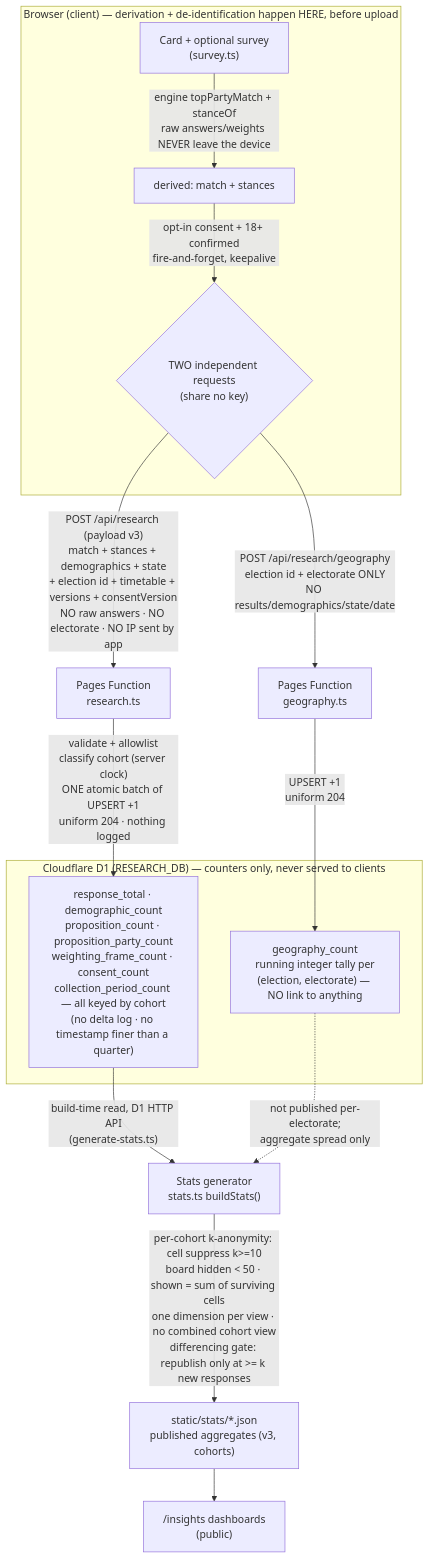
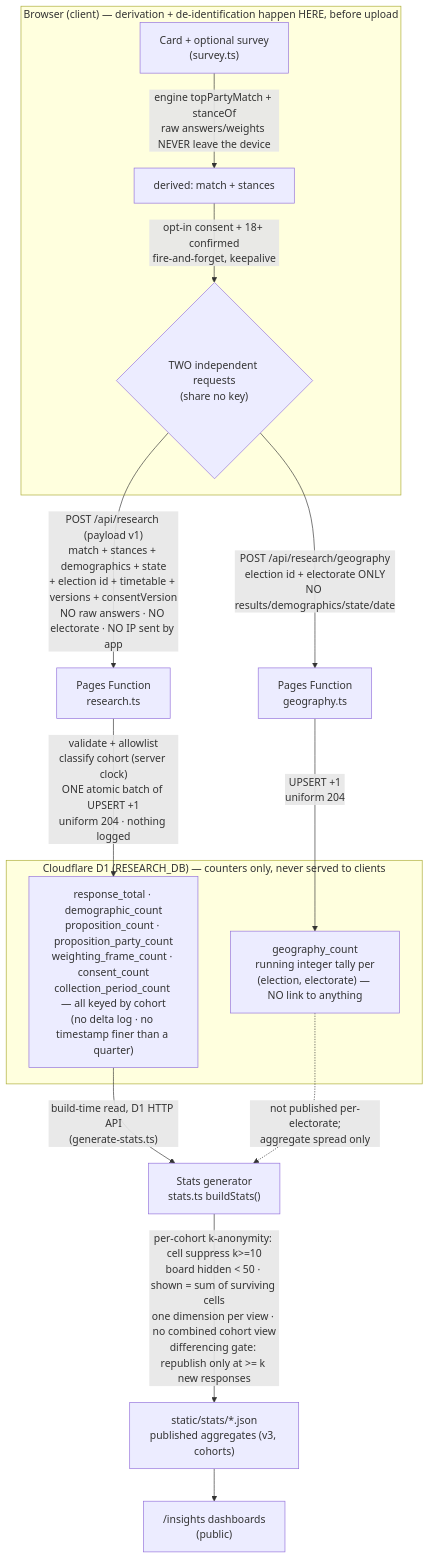
Before and after one commit to National-Digital/how2vote.au: the diagram in docs/privacy/data-flow.md, drawn with Mermaid. The commit also changed other lines of this file and 8 other files, not shown here.

````diff
--- a/docs/privacy/data-flow.md
+++ b/docs/privacy/data-flow.md
@@ -18,25 +18,25 @@
 ```mermaid
 flowchart TD
   subgraph CLIENT["Browser (client) — derivation + de-identification happen HERE, before upload"]
     A["Card + optional survey<br/>(survey.ts)"]
     A -->|"engine topPartyMatch + stanceOf<br/>raw answers/weights NEVER leave the device"| D["derived: match + stances"]
     D -->|"opt-in consent + 18+ confirmed<br/>fire-and-forget, keepalive"| SPLIT{"TWO independent requests<br/>(share no key)"}
   end
 
-  SPLIT -->|"POST /api/research (payload v3)<br/>match + stances + demographics + state<br/>+ election id + timetable + versions + consentVersion<br/>NO raw answers · NO electorate · NO IP sent by app"| R["Pages Function<br/>research.ts"]
+  SPLIT -->|"POST /api/research (payload v1)<br/>match + stances + demographics + state<br/>+ election id + timetable + versions + consentVersion<br/>NO raw answers · NO electorate · NO IP sent by app"| R["Pages Function<br/>research.ts"]
   SPLIT -->|"POST /api/research/geography<br/>election id + electorate ONLY<br/>NO results/demographics/state/date"| G["Pages Function<br/>geography.ts"]
 
   R -->|"validate + allowlist<br/>classify cohort (server clock)<br/>ONE atomic batch of UPSERT +1<br/>uniform 204 · nothing logged"| RT
   G -->|"UPSERT +1<br/>uniform 204"| GT
 
   subgraph D1["Cloudflare D1 (RESEARCH_DB) — counters only, never served to clients"]
     RT["response_total · demographic_count<br/>proposition_count · proposition_party_count<br/>weighting_frame_count · consent_count<br/>collection_period_count — all keyed by cohort<br/>(no delta log · no timestamp finer than a quarter)"]
     GT["geography_count<br/>running integer tally per<br/>(election, electorate) — NO link to anything"]
   end
 
   RT -->|"build-time read, D1 HTTP API<br/>(generate-stats.ts)"| S["Stats generator<br/>stats.ts buildStats()"]
   S -->|"per-cohort k-anonymity: cell suppress k>=10<br/>board hidden < 50 · shown = sum of surviving cells<br/>one dimension per view · no combined cohort view<br/>differencing gate: republish only at >= k new responses"| P["static/stats/*.json<br/>published aggregates (v3, cohorts)"]
   P --> UI["/insights dashboards<br/>(public)"]
 
   GT -. "not published per-electorate;<br/>aggregate spread only" .-> S
 ```
````
